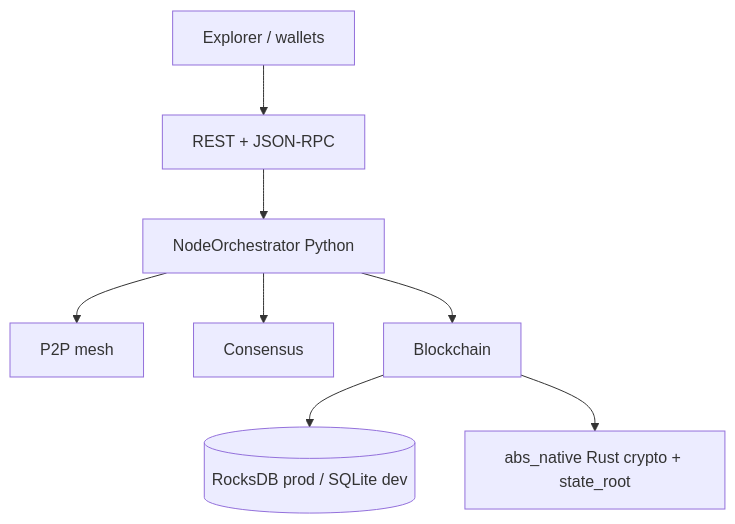
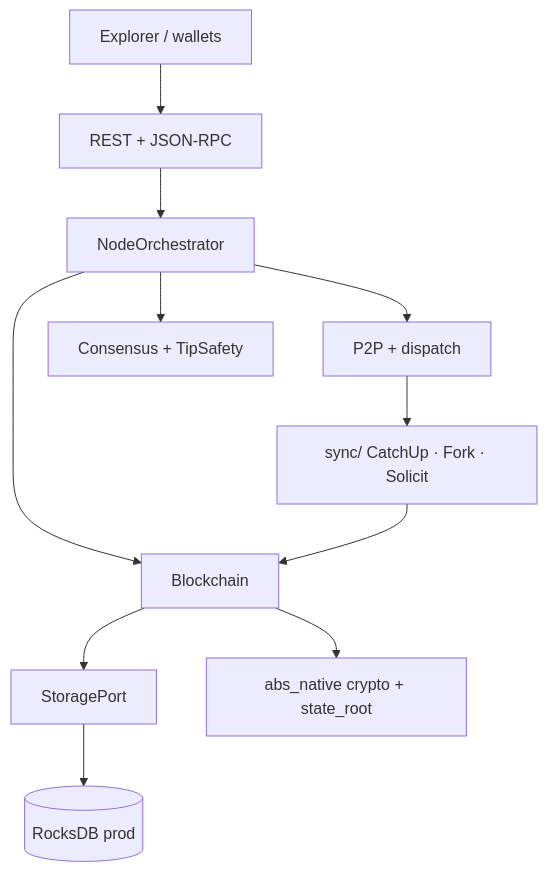
Before and after one commit to Gruver87/Absolute_Blockchain_Ultimate_Hybrid: the diagram in README.md, drawn with Mermaid. The commit also changed other lines of this file and 23 other files, not shown here.

First line of the commit message:
feat(arch): storage ports green-up + refresh architecture graphs.

````diff
--- a/README.md
+++ b/README.md
@@ -107,10 +108,13 @@
 ```mermaid
 flowchart TB
-  EX[Explorer / wallets] --> API[REST + JSON-RPC]
-  API --> ORCH[NodeOrchestrator Python]
-  ORCH --> P2P[P2P mesh]
-  ORCH --> CONS[Consensus]
-  ORCH --> BC[Blockchain]
-  BC --> STORE[(RocksDB prod / SQLite dev)]
-  BC --> RUST[abs_native Rust crypto + state_root]
+  EX["Explorer / wallets"] --> API["REST + JSON-RPC"]
+  API --> ORCH["NodeOrchestrator"]
+  ORCH --> P2P["P2P + dispatch"]
+  ORCH --> CONS["Consensus + TipSafety"]
+  ORCH --> BC["Blockchain"]
+  P2P --> SYNC["sync/ CatchUp · Fork · Solicit"]
+  SYNC --> BC
+  BC --> SP["StoragePort"]
+  SP --> ROCKS[("RocksDB prod")]
+  BC --> RUST["abs_native crypto + state_root"]
 ```
````
